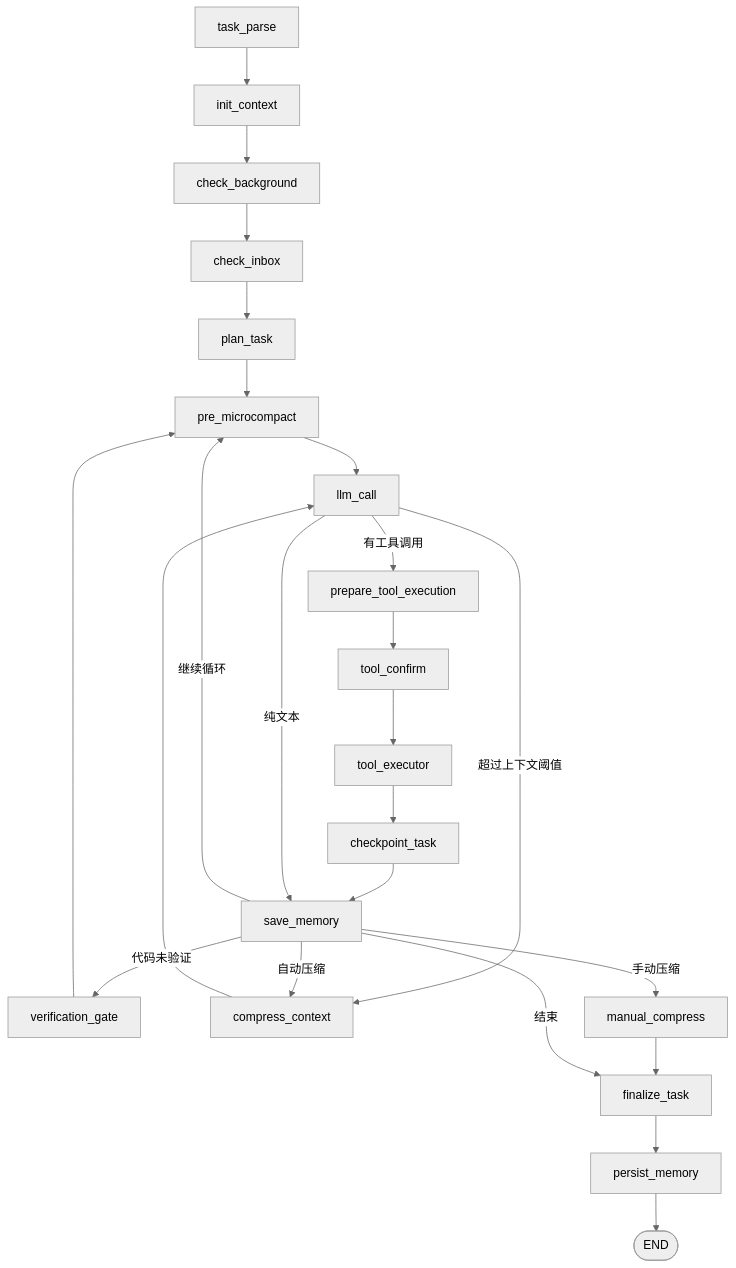
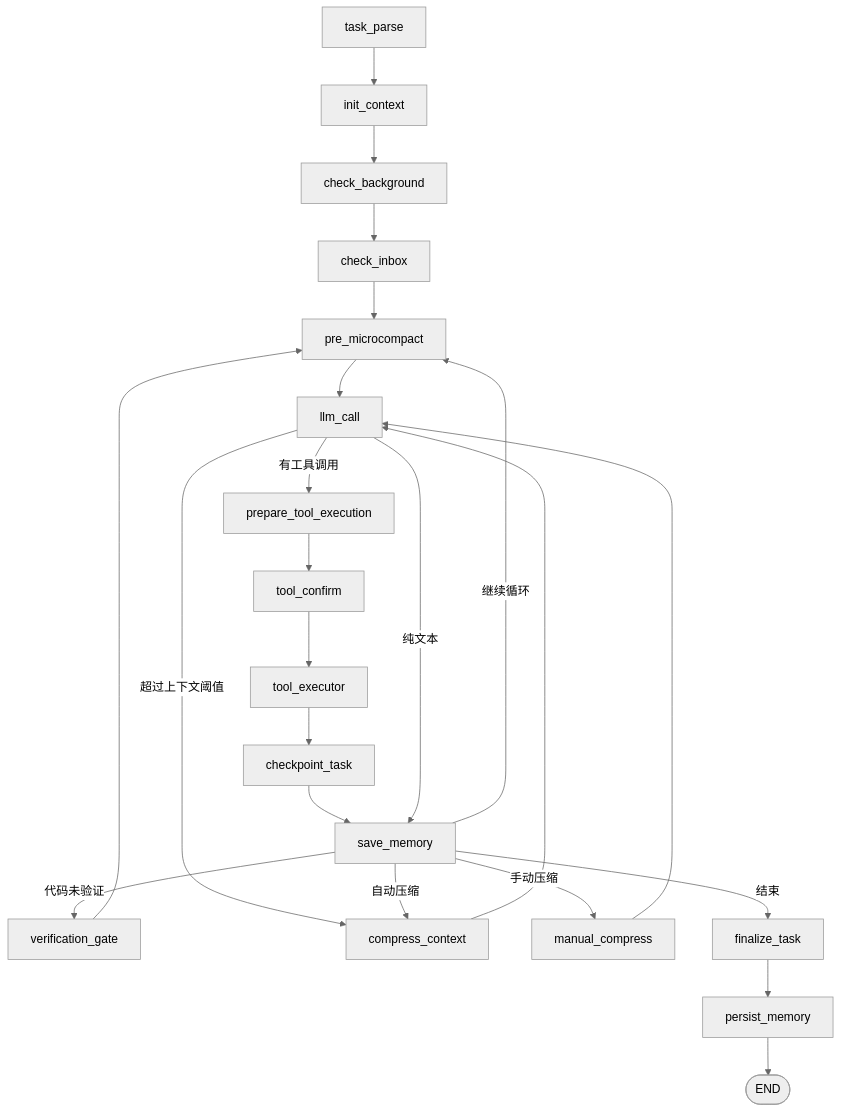
Before and after one commit to Gxh-aviliable/enterprise-controlled-coding-agent: the seventh of 10 diagrams in docs/PROJECT-WALKTHROUGH.md, drawn with Mermaid (neutral theme). The commit also changed other lines of this file and 548 other files, not shown here.

````diff
--- a/docs/PROJECT-WALKTHROUGH.md
+++ b/docs/PROJECT-WALKTHROUGH.md
@@ -2303,32 +2303,31 @@
 ```mermaid
 flowchart TD
     TP["task_parse"]
     IC["init_context"]
     BG["check_background"]
     IN["check_inbox"]
-    PL["plan_task"]
     MC["pre_microcompact"]
     LLM["llm_call"]
     PREP["prepare_tool_execution"]
     HITL["tool_confirm"]
     TOOL["tool_executor"]
     CP["checkpoint_task"]
     SAVE["save_memory"]
     VERIFY["verification_gate"]
     COMP["compress_context"]
     MCOMP["manual_compress"]
     FINAL["finalize_task"]
     PERSIST["persist_memory"]
     ENDNODE(["END"])
 
-    TP --> IC --> BG --> IN --> PL --> MC --> LLM
+    TP --> IC --> BG --> IN --> MC --> LLM
     LLM -->|"有工具调用"| PREP --> HITL --> TOOL --> CP --> SAVE
     LLM -->|"纯文本"| SAVE
     LLM -->|"超过上下文阈值"| COMP
     SAVE -->|"继续循环"| MC
     SAVE -->|"代码未验证"| VERIFY --> MC
     SAVE -->|"自动压缩"| COMP
-    SAVE -->|"手动压缩"| MCOMP --> FINAL
+    SAVE -->|"手动压缩"| MCOMP --> LLM
     SAVE -->|"结束"| FINAL --> PERSIST --> ENDNODE
     COMP --> LLM
 ```
````
